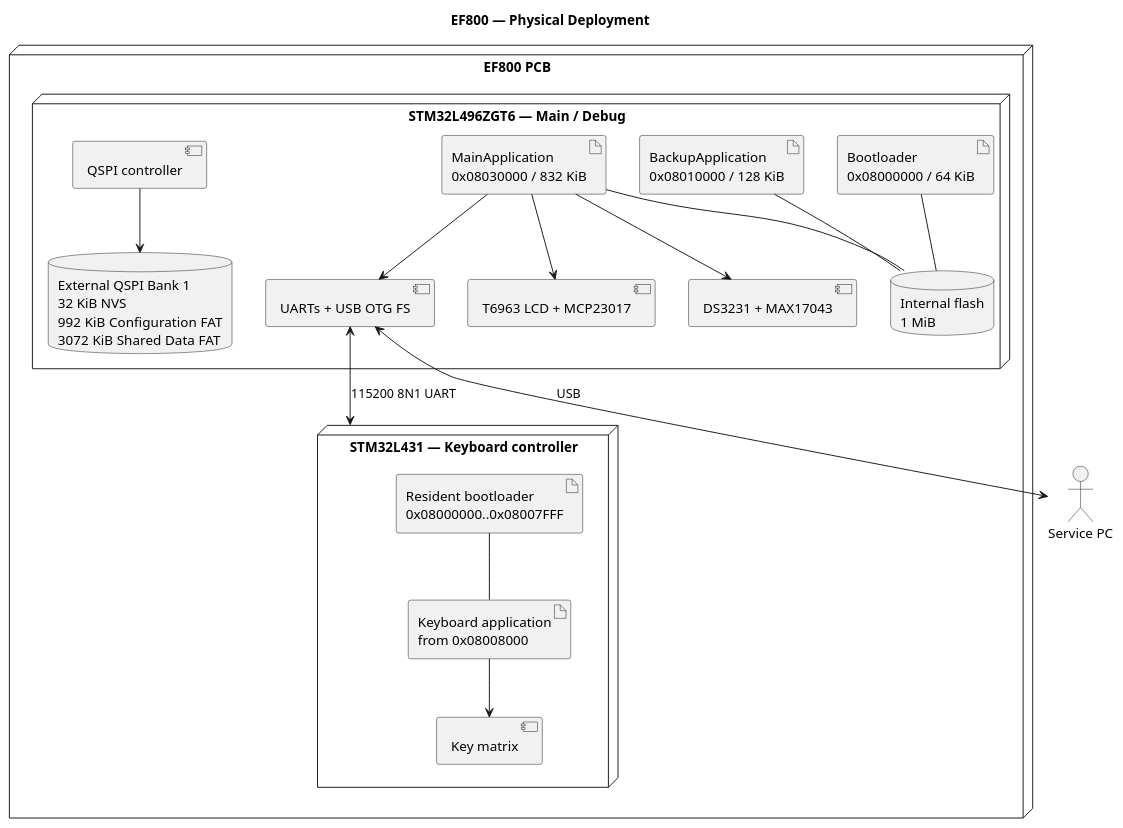
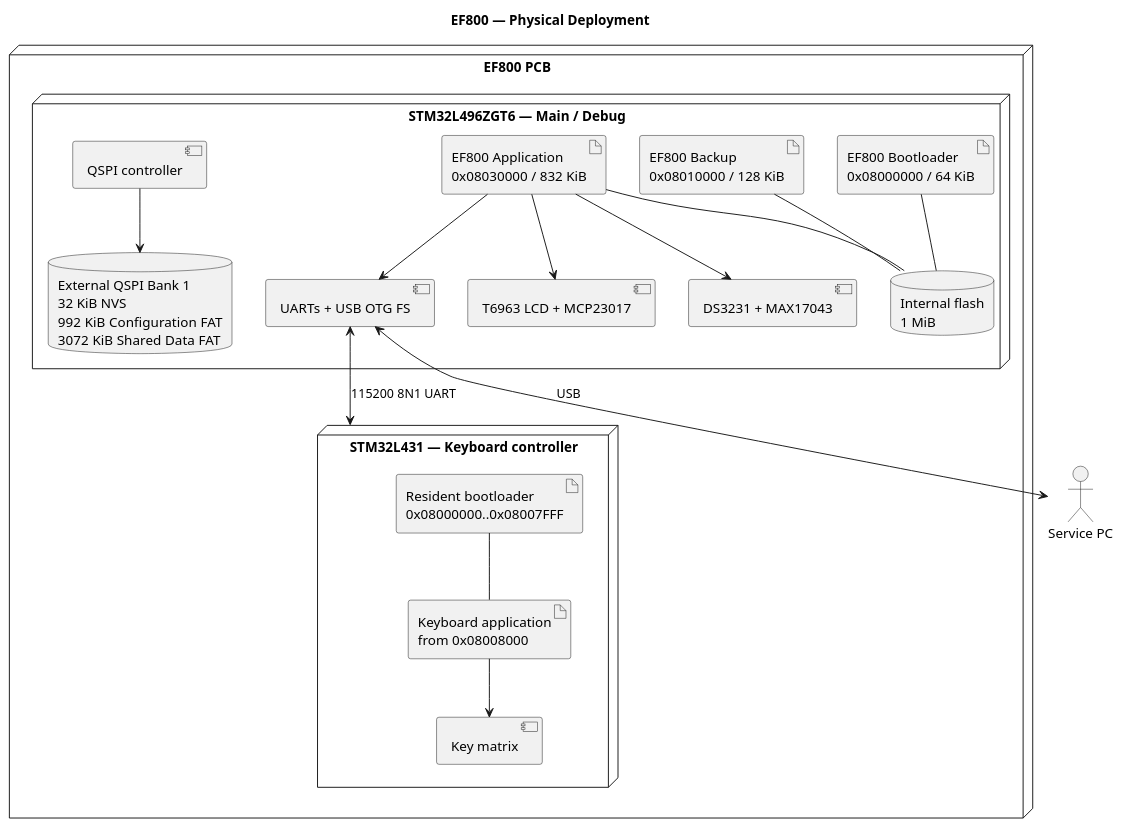
The diagram in architecture/diagram_as_code/07_deployment_view/physical_ef800.puml (jaster-prj/EF800-Zephyr), drawn with PlantUML before and after one commit. The commit also changed 753 other files, not shown here.

```diff
--- a/architecture/diagram_as_code/07_deployment_view/physical_ef800.puml
+++ b/architecture/diagram_as_code/07_deployment_view/physical_ef800.puml
@@ -1,36 +1,36 @@
 @startuml physical_ef800
 title EF800 — Physical Deployment
 top to bottom direction
 
 node "EF800 PCB" {
   node "STM32L496ZGT6 — Main / Debug" as l496 {
-    artifact "Bootloader\n0x08000000 / 64 KiB" as bl
-    artifact "BackupApplication\n0x08010000 / 128 KiB" as backup
-    artifact "MainApplication\n0x08030000 / 832 KiB" as main
+    artifact "EF800 Bootloader\n0x08000000 / 64 KiB" as bl
+    artifact "EF800 Backup\n0x08010000 / 128 KiB" as backup
+    artifact "EF800 Application\n0x08030000 / 832 KiB" as main
     database "Internal flash\n1 MiB" as internal
     component "QSPI controller" as qspi_ctl
     database "External QSPI Bank 1\n32 KiB NVS\n992 KiB Configuration FAT\n3072 KiB Shared Data FAT" as qspi
     component "T6963 LCD + MCP23017" as lcd
     component "DS3231 + MAX17043" as sensors
     component "UARTs + USB OTG FS" as interfaces
   }
   node "STM32L431 — Keyboard controller" as l431 {
     artifact "Resident bootloader\n0x08000000..0x08007FFF" as kbl
     artifact "Keyboard application\nfrom 0x08008000" as kapp
     component "Key matrix" as matrix
   }
 }
 actor "Service PC" as pc
 
 bl -- internal
 backup -- internal
 main -- internal
 qspi_ctl --> qspi
 main --> lcd
 main --> sensors
 main --> interfaces
 interfaces <--> pc : USB
 interfaces <--> l431 : 115200 8N1 UART
 kbl -- kapp
 kapp --> matrix
 @enduml
```
